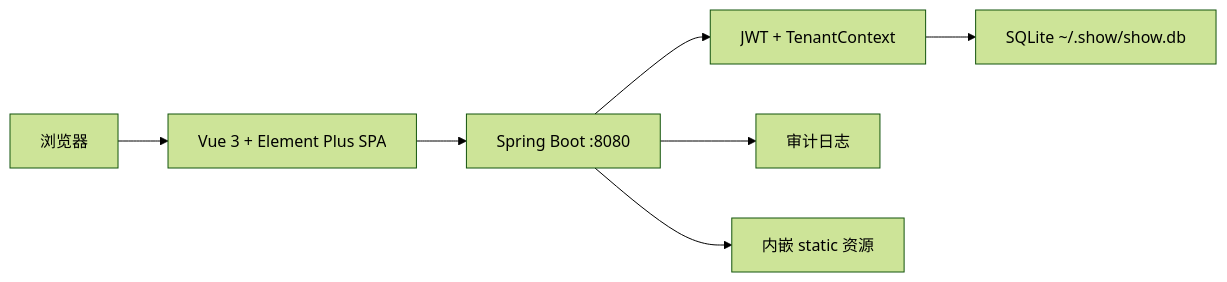
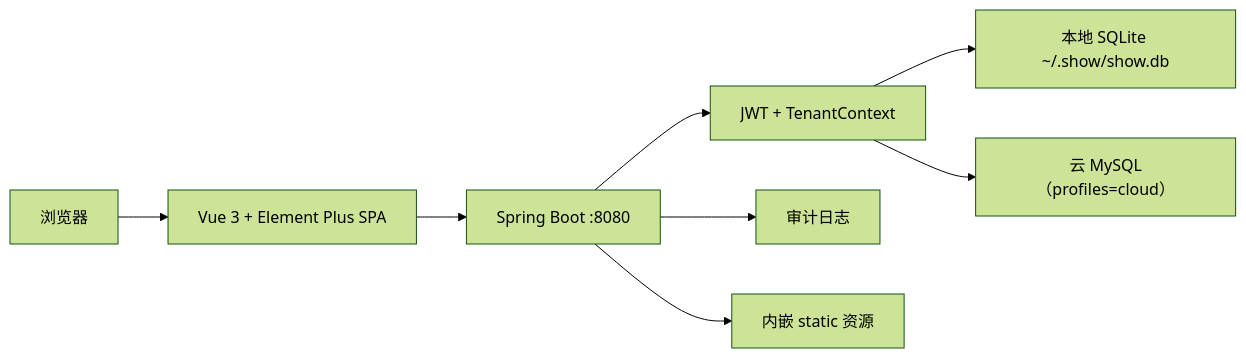
Before and after one commit to Yang-dongwen/show-standard: the diagram in README.md, drawn with Mermaid (forest theme). The commit also changed other lines of this file and 184 other files, not shown here.

````diff
--- a/README.md
+++ b/README.md
@@ -80,9 +81,10 @@
 ```mermaid
 flowchart LR
   Browser["浏览器"] --> SPA["Vue 3 + Element Plus SPA"]
   SPA --> API["Spring Boot :8080"]
   API --> JWT["JWT + TenantContext"]
-  JWT --> DB["SQLite ~/.show/show.db"]
+  JWT --> DBLocal["本地 SQLite ~/.show/show.db"]
+  JWT --> DBCloud["云 MySQL（profiles=cloud）"]
   API --> Audit["审计日志"]
   API --> Static["内嵌 static 资源"]
 ```
````
